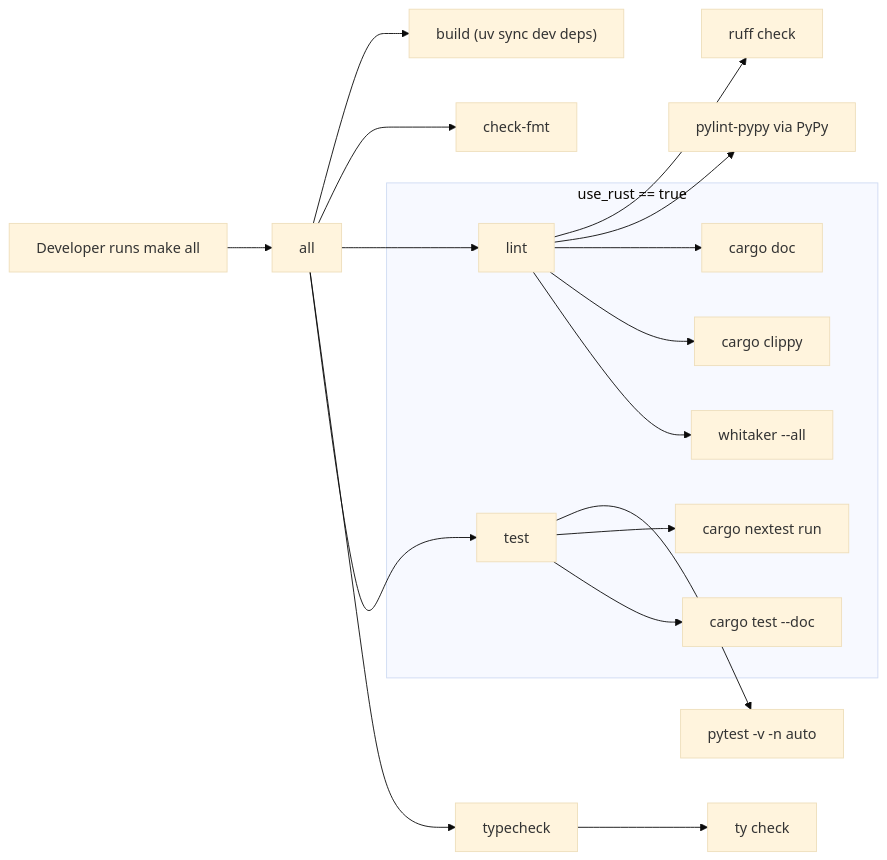
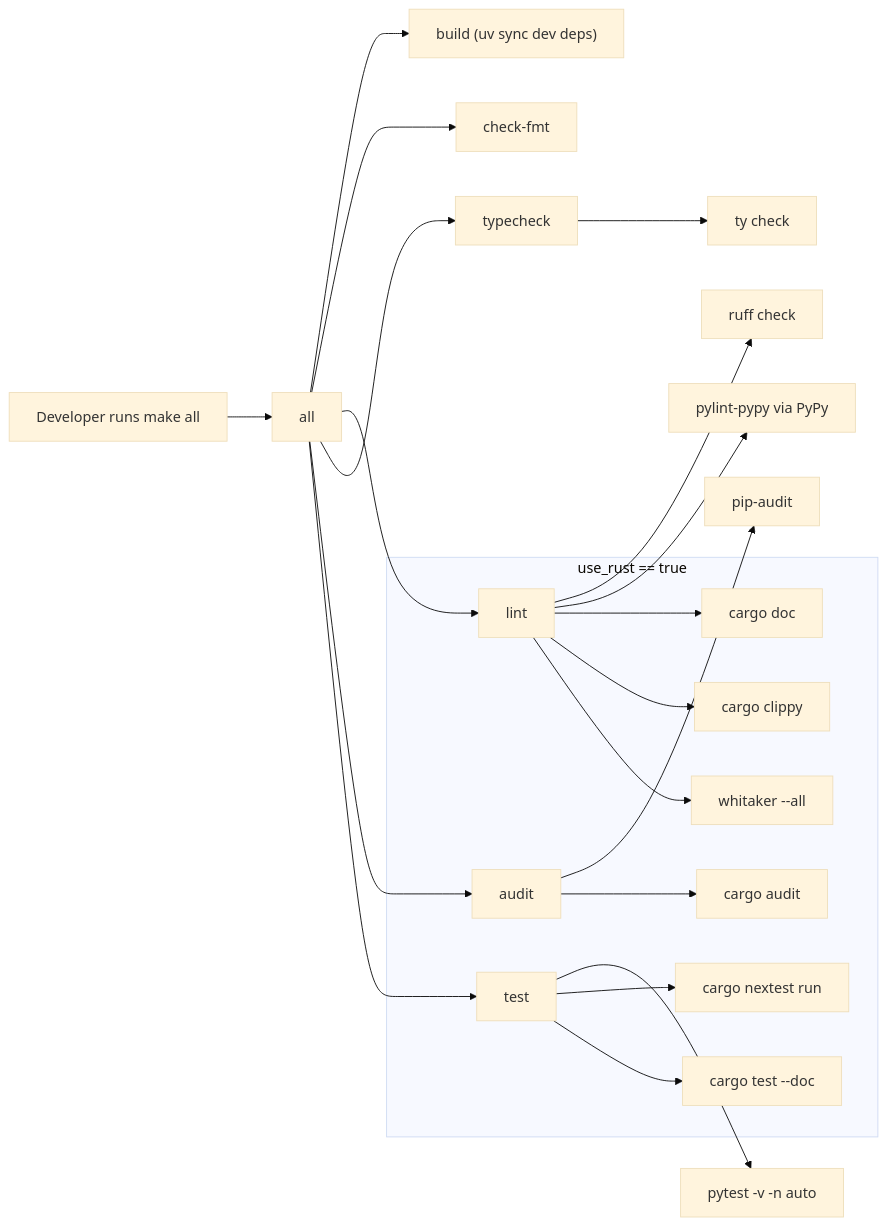
The diagram in README.md (leynos/agent-template-python), drawn with Mermaid (base theme) before and after one commit. The commit also changed other lines of this file and 36 other files, not shown here.

````diff
--- a/README.md
+++ b/README.md
@@ -34,22 +46,25 @@
 ```mermaid
 flowchart LR
     Dev[Developer runs make all] --> All[all]
     All --> Build["build (uv sync dev deps)"]
     All --> CheckFmt[check-fmt]
     All --> Lint[lint]
     All --> Typecheck[typecheck]
+    All --> Audit[audit]
     All --> Test[test]
 
     Lint --> RuffCheck[ruff check]
     Lint --> PylintPyPy[pylint-pypy via PyPy]
     Typecheck --> TyCheck[ty check]
+    Audit --> PipAudit[pip-audit]
     Test --> Pytest[pytest -v -n auto]
 
     subgraph Rust_extension_enabled[use_rust == true]
         Lint --> RustDoc[cargo doc]
         Lint --> Clippy[cargo clippy]
         Lint --> Whitaker[whitaker --all]
+        Audit --> CargoAudit[cargo audit]
         Test --> Nextest[cargo nextest run]
         Test --> RustDocTests[cargo test --doc]
     end
 ```
````
